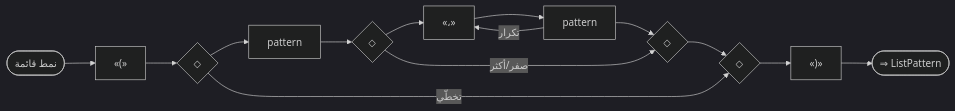
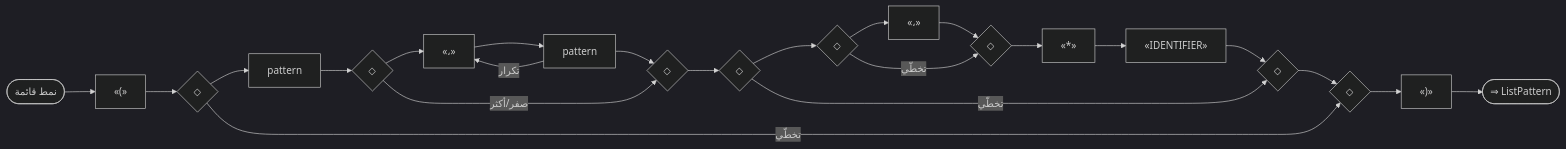
The seventh of 13 diagrams in docs/parser_rule/_generated/50_patterns.md (sadlang/sadlang), drawn with Mermaid (dark theme) before and after one commit. The commit also changed other lines of this file and 44 other files, not shown here.

````diff
--- a/docs/parser_rule/_generated/50_patterns.md
+++ b/docs/parser_rule/_generated/50_patterns.md
@@ -256,27 +304,43 @@
 ```mermaid
 flowchart LR
   n1(["نمط قائمة"])
   n2["«(»"]
   n3{"◇"}
   n4{"◇"}
   n5["pattern"]
   n6{"◇"}
   n7{"◇"}
   n8["«،»"]
   n9["pattern"]
   n8 --> n9
   n6 --> n8
   n9 --> n7
   n9 -- "تكرار" --> n8
   n6 -- "صفر/أكثر" --> n7
   n5 --> n6
+  n10{"◇"}
+  n11{"◇"}
+  n12{"◇"}
+  n13{"◇"}
+  n14["«،»"]
+  n12 --> n14
+  n14 --> n13
+  n12 -- "تخطّي" --> n13
+  n15["«*»"]
+  n13 --> n15
+  n16["«IDENTIFIER»"]
+  n15 --> n16
+  n10 --> n12
+  n16 --> n11
+  n10 -- "تخطّي" --> n11
+  n7 --> n10
   n3 --> n5
-  n7 --> n4
+  n11 --> n4
   n3 -- "تخطّي" --> n4
   n2 --> n3
-  n10["«)»"]
-  n4 --> n10
+  n17["«)»"]
+  n4 --> n17
   n1 --> n2
-  n11(["⇒ ListPattern"])
-  n10 --> n11
+  n18(["⇒ ListPattern"])
+  n17 --> n18
 ```
````
